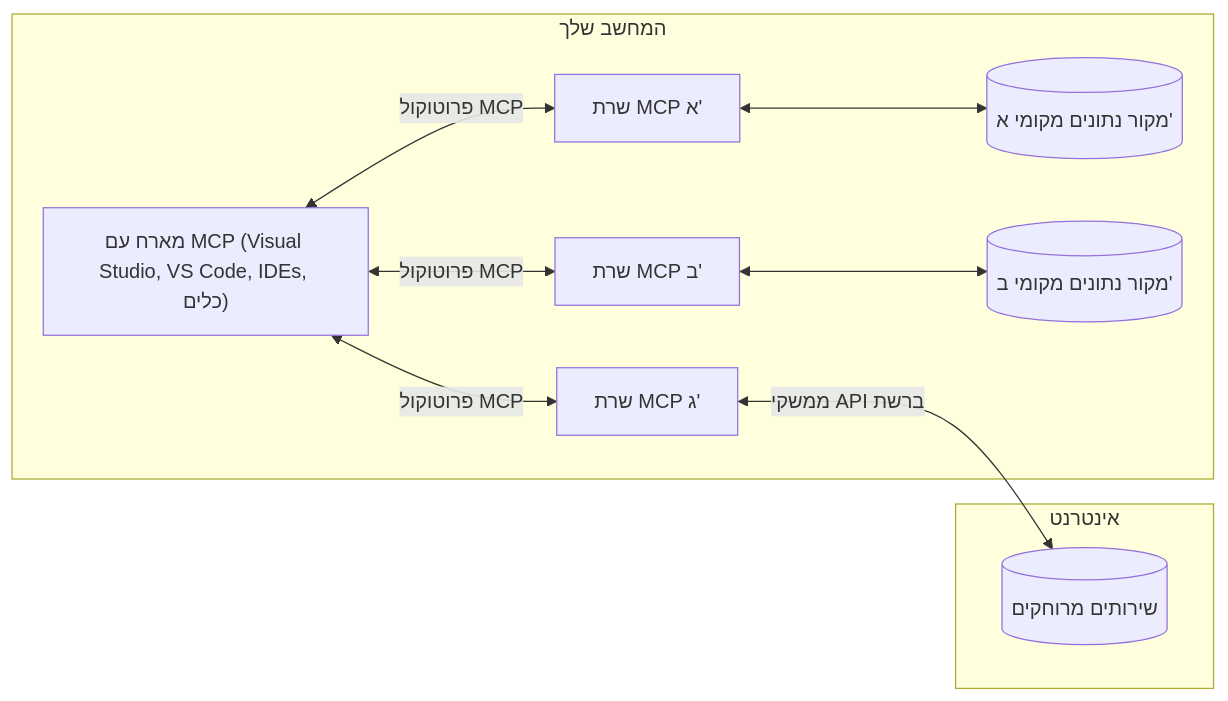
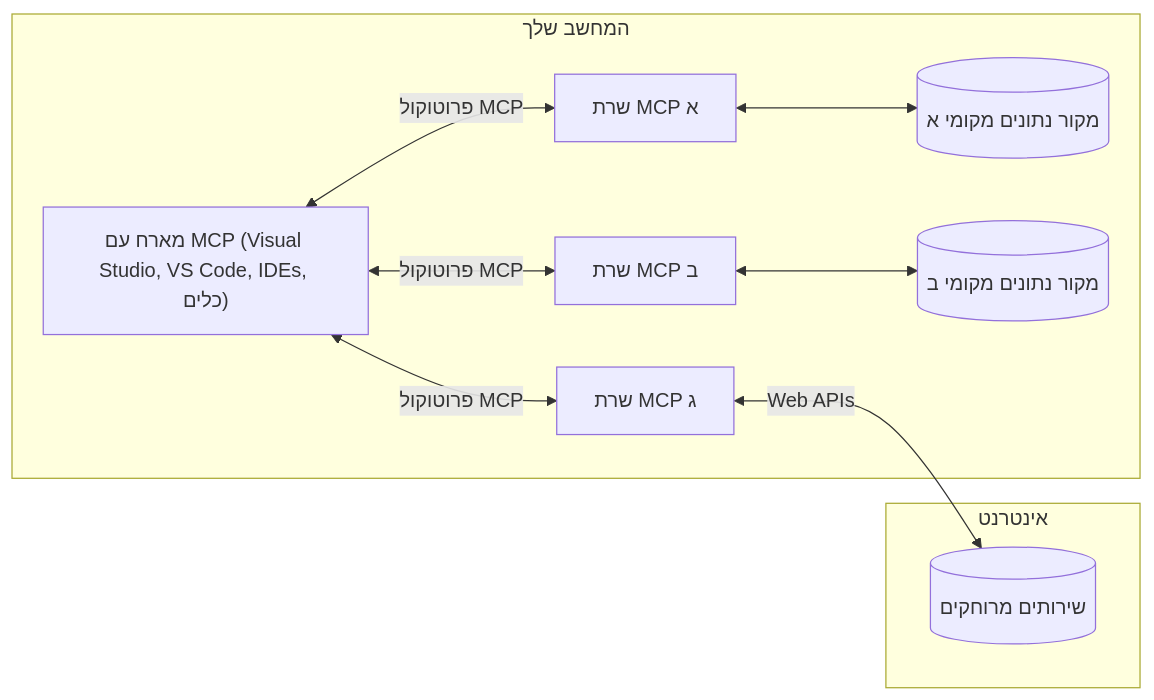
The diagram in translations/he/01-CoreConcepts/README.md (Mu-L/mcp-for-beginners), drawn with Mermaid before and after one commit. The commit also changed other lines of this file and 5 other files, not shown here.

````diff
--- a/translations/he/01-CoreConcepts/README.md
+++ b/translations/he/01-CoreConcepts/README.md
@@ -45,17 +45,17 @@
 ```mermaid
 flowchart LR
     subgraph "המחשב שלך"
         Host["מארח עם MCP (Visual Studio, VS Code, IDEs, כלים)"]
-        S1["שרת MCP א'"]
-        S2["שרת MCP ב'"]
-        S3["שרת MCP ג'"]
+        S1["שרת MCP א"]
+        S2["שרת MCP ב"]
+        S3["שרת MCP ג"]
         Host <-->|"פרוטוקול MCP"| S1
         Host <-->|"פרוטוקול MCP"| S2
         Host <-->|"פרוטוקול MCP"| S3
-        S1 <--> D1[("מקור נתונים מקומי א'")]
-        S2 <--> D2[("מקור נתונים מקומי ב'")]
+        S1 <--> D1[("מקור נתונים מקומי א")]
+        S2 <--> D2[("מקור נתונים מקומי ב")]
     end
     subgraph "אינטרנט"
-        S3 <-->|"ממשקי API ברשת"| D3[("שירותים מרוחקים")]
+        S3 <-->|"Web APIs"| D3[("שירותים מרוחקים")]
     end
-```  
+```
````
